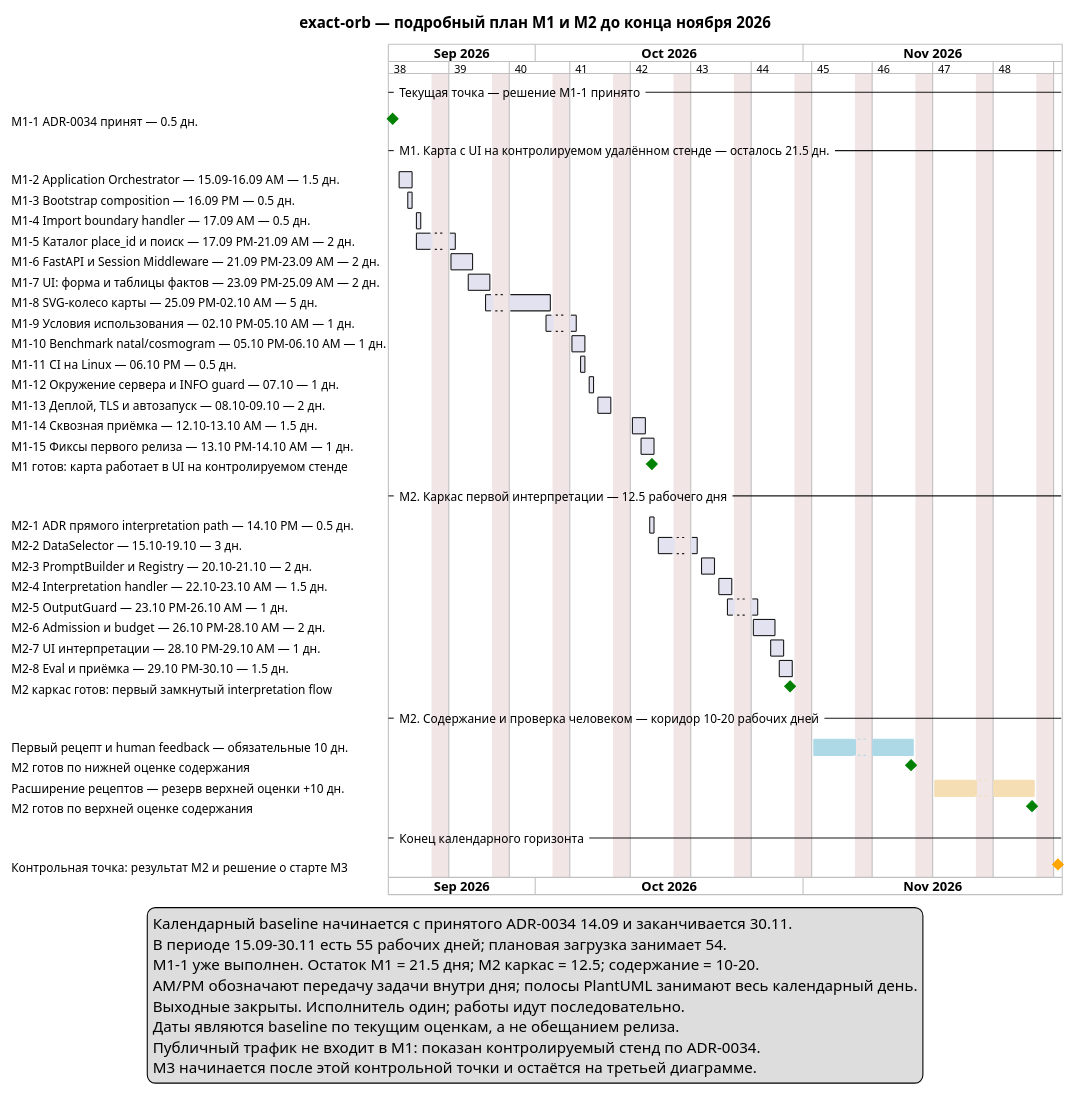
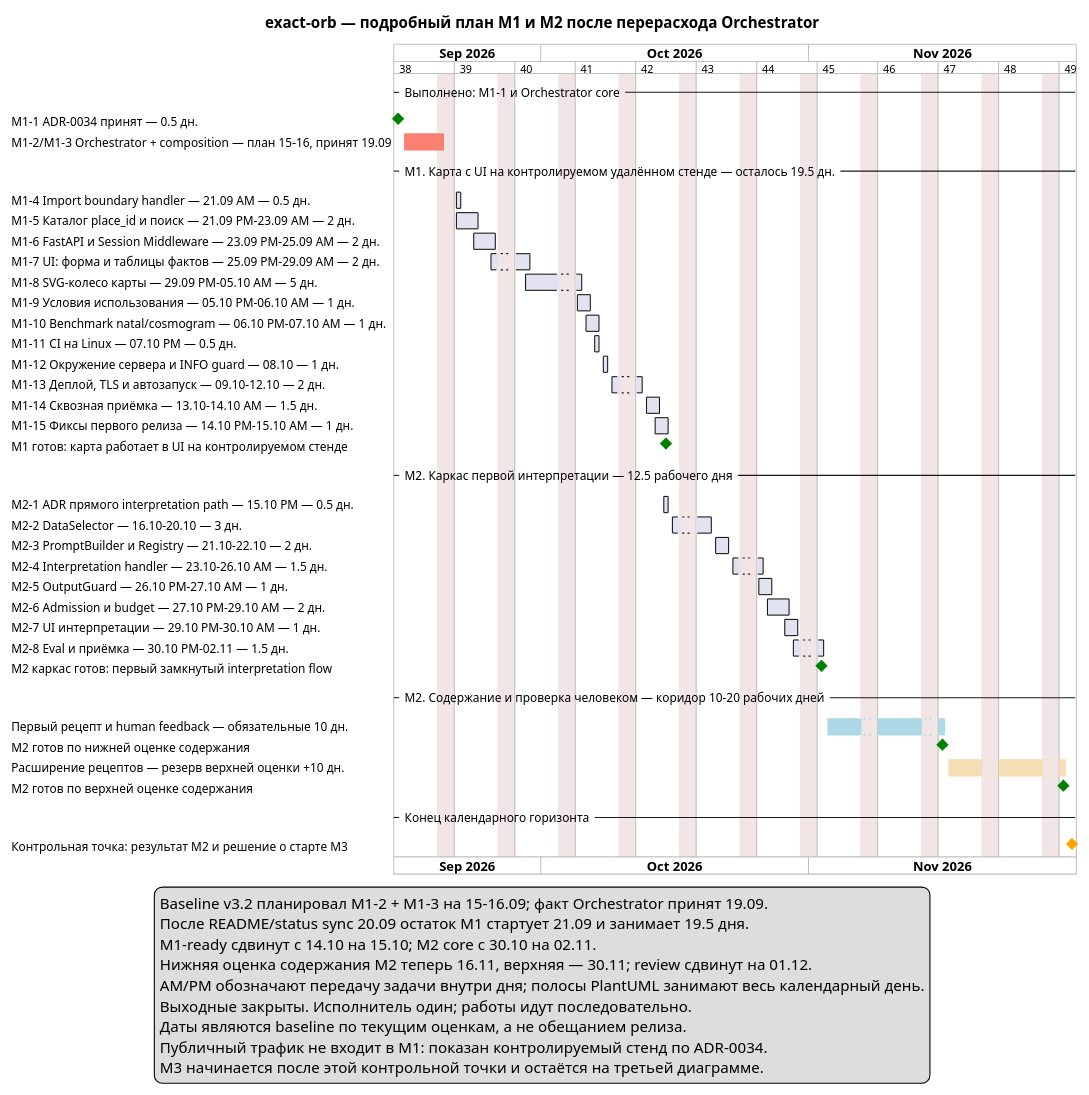
Before and after one commit to ksenia-baranova/exact-orb-demo: the diagram in docs/project_management/roadmap_remote_ui_and_interpretation_plan.puml, drawn with PlantUML. The commit also changed 3 other files, not shown here.

First line of the commit message:
docs: record orchestrator roadmap overrun

```diff
--- a/docs/project_management/roadmap_remote_ui_and_interpretation_plan.puml
+++ b/docs/project_management/roadmap_remote_ui_and_interpretation_plan.puml
@@ -1,80 +1,83 @@
 @startgantt
-' Подробный календарный baseline из roadmap v3.2 от текущей точки 14.09.2026.
+' Подробный календарный baseline из roadmap v3.3 от текущей точки 20.09.2026.
 ' Оценки остаются рабочими днями. AM/PM в подписях сохраняют половины дня,
 ' которые дневная шкала PlantUML не может показать отдельной шириной полосы.
 
-title exact-orb — подробный план M1 и M2 до конца ноября 2026
+title exact-orb — подробный план M1 и M2 после перерасхода Orchestrator
 Project starts 2026-09-14
 printscale weekly zoom 2
 Label on first column
 saturday are closed
 sunday are closed
 
--- Текущая точка — решение M1-1 принято --
+-- Выполнено: M1-1 и Orchestrator core --
 
 [M1-1 ADR-0034 принят — 0.5 дн.] as [M11] happens 2026-09-14
 [M11] is 100% complete
 [M11] is colored in Green
 
--- M1. Карта с UI на контролируемом удалённом стенде — осталось 21.5 дн. --
+[M1-2/M1-3 Orchestrator + composition — план 15–16, принят 19.09] as [M12] starts 2026-09-15 and ends 2026-09-19
+[M12] is 100% complete
+[M12] is colored in Salmon
 
-[M1-2 Application Orchestrator — 15.09–16.09 AM — 1.5 дн.] as [M12] starts 2026-09-15 and ends 2026-09-16
-[M1-3 Bootstrap composition — 16.09 PM — 0.5 дн.] as [M13] starts 2026-09-16 and ends 2026-09-16
-[M1-4 Import boundary handler — 17.09 AM — 0.5 дн.] as [M14] starts 2026-09-17 and ends 2026-09-17
-[M1-5 Каталог place_id и поиск — 17.09 PM–21.09 AM — 2 дн.] as [M15] starts 2026-09-17 and ends 2026-09-21
-[M1-6 FastAPI и Session Middleware — 21.09 PM–23.09 AM — 2 дн.] as [M16] starts 2026-09-21 and ends 2026-09-23
-[M1-7 UI: форма и таблицы фактов — 23.09 PM–25.09 AM — 2 дн.] as [M17] starts 2026-09-23 and ends 2026-09-25
-[M1-8 SVG-колесо карты — 25.09 PM–02.10 AM — 5 дн.] as [M18] starts 2026-09-25 and ends 2026-10-02
-[M1-9 Условия использования — 02.10 PM–05.10 AM — 1 дн.] as [M19] starts 2026-10-02 and ends 2026-10-05
-[M1-10 Benchmark natal/cosmogram — 05.10 PM–06.10 AM — 1 дн.] as [M110] starts 2026-10-05 and ends 2026-10-06
-[M1-11 CI на Linux — 06.10 PM — 0.5 дн.] as [M111] starts 2026-10-06 and ends 2026-10-06
-[M1-12 Окружение сервера и INFO guard — 07.10 — 1 дн.] as [M112] starts 2026-10-07 and ends 2026-10-07
-[M1-13 Деплой, TLS и автозапуск — 08.10–09.10 — 2 дн.] as [M113] starts 2026-10-08 and ends 2026-10-09
-[M1-14 Сквозная приёмка — 12.10–13.10 AM — 1.5 дн.] as [M114] starts 2026-10-12 and ends 2026-10-13
-[M1-15 Фиксы первого релиза — 13.10 PM–14.10 AM — 1 дн.] as [M115] starts 2026-10-13 and ends 2026-10-14
+-- M1. Карта с UI на контролируемом удалённом стенде — осталось 19.5 дн. --
 
-[M1 готов: карта работает в UI на контролируемом стенде] as [M1DONE] happens 2026-10-14
+[M1-4 Import boundary handler — 21.09 AM — 0.5 дн.] as [M14] starts 2026-09-21 and ends 2026-09-21
+[M1-5 Каталог place_id и поиск — 21.09 PM–23.09 AM — 2 дн.] as [M15] starts 2026-09-21 and ends 2026-09-23
+[M1-6 FastAPI и Session Middleware — 23.09 PM–25.09 AM — 2 дн.] as [M16] starts 2026-09-23 and ends 2026-09-25
+[M1-7 UI: форма и таблицы фактов — 25.09 PM–29.09 AM — 2 дн.] as [M17] starts 2026-09-25 and ends 2026-09-29
+[M1-8 SVG-колесо карты — 29.09 PM–05.10 AM — 5 дн.] as [M18] starts 2026-09-29 and ends 2026-10-05
+[M1-9 Условия использования — 05.10 PM–06.10 AM — 1 дн.] as [M19] starts 2026-10-05 and ends 2026-10-06
+[M1-10 Benchmark natal/cosmogram — 06.10 PM–07.10 AM — 1 дн.] as [M110] starts 2026-10-06 and ends 2026-10-07
+[M1-11 CI на Linux — 07.10 PM — 0.5 дн.] as [M111] starts 2026-10-07 and ends 2026-10-07
+[M1-12 Окружение сервера и INFO guard — 08.10 — 1 дн.] as [M112] starts 2026-10-08 and ends 2026-10-08
+[M1-13 Деплой, TLS и автозапуск — 09.10–12.10 — 2 дн.] as [M113] starts 2026-10-09 and ends 2026-10-12
+[M1-14 Сквозная приёмка — 13.10–14.10 AM — 1.5 дн.] as [M114] starts 2026-10-13 and ends 2026-10-14
+[M1-15 Фиксы первого релиза — 14.10 PM–15.10 AM — 1 дн.] as [M115] starts 2026-10-14 and ends 2026-10-15
+
+[M1 готов: карта работает в UI на контролируемом стенде] as [M1DONE] happens 2026-10-15
 [M1DONE] is colored in Green
 
 -- M2. Каркас первой интерпретации — 12.5 рабочего дня --
 
-[M2-1 ADR прямого interpretation path — 14.10 PM — 0.5 дн.] as [M21] starts 2026-10-14 and ends 2026-10-14
-[M2-2 DataSelector — 15.10–19.10 — 3 дн.] as [M22] starts 2026-10-15 and ends 2026-10-19
-[M2-3 PromptBuilder и Registry — 20.10–21.10 — 2 дн.] as [M23] starts 2026-10-20 and ends 2026-10-21
-[M2-4 Interpretation handler — 22.10–23.10 AM — 1.5 дн.] as [M24] starts 2026-10-22 and ends 2026-10-23
-[M2-5 OutputGuard — 23.10 PM–26.10 AM — 1 дн.] as [M25] starts 2026-10-23 and ends 2026-10-26
-[M2-6 Admission и budget — 26.10 PM–28.10 AM — 2 дн.] as [M26] starts 2026-10-26 and ends 2026-10-28
-[M2-7 UI интерпретации — 28.10 PM–29.10 AM — 1 дн.] as [M27] starts 2026-10-28 and ends 2026-10-29
-[M2-8 Eval и приёмка — 29.10 PM–30.10 — 1.5 дн.] as [M28] starts 2026-10-29 and ends 2026-10-30
+[M2-1 ADR прямого interpretation path — 15.10 PM — 0.5 дн.] as [M21] starts 2026-10-15 and ends 2026-10-15
+[M2-2 DataSelector — 16.10–20.10 — 3 дн.] as [M22] starts 2026-10-16 and ends 2026-10-20
+[M2-3 PromptBuilder и Registry — 21.10–22.10 — 2 дн.] as [M23] starts 2026-10-21 and ends 2026-10-22
+[M2-4 Interpretation handler — 23.10–26.10 AM — 1.5 дн.] as [M24] starts 2026-10-23 and ends 2026-10-26
+[M2-5 OutputGuard — 26.10 PM–27.10 AM — 1 дн.] as [M25] starts 2026-10-26 and ends 2026-10-27
+[M2-6 Admission и budget — 27.10 PM–29.10 AM — 2 дн.] as [M26] starts 2026-10-27 and ends 2026-10-29
+[M2-7 UI интерпретации — 29.10 PM–30.10 AM — 1 дн.] as [M27] starts 2026-10-29 and ends 2026-10-30
+[M2-8 Eval и приёмка — 30.10 PM–02.11 — 1.5 дн.] as [M28] starts 2026-10-30 and ends 2026-11-02
 
-[M2 каркас готов: первый замкнутый interpretation flow] as [M2CORE] happens 2026-10-30
+[M2 каркас готов: первый замкнутый interpretation flow] as [M2CORE] happens 2026-11-02
 [M2CORE] is colored in Green
 
 -- M2. Содержание и проверка человеком — коридор 10–20 рабочих дней --
 
-[Первый рецепт и human feedback — обязательные 10 дн.] as [M2C10] starts 2026-11-02 and ends 2026-11-13
+[Первый рецепт и human feedback — обязательные 10 дн.] as [M2C10] starts 2026-11-03 and ends 2026-11-16
 [M2C10] is colored in LightBlue
-[M2 готов по нижней оценке содержания] as [M2EARLY] happens 2026-11-13
+[M2 готов по нижней оценке содержания] as [M2EARLY] happens 2026-11-16
 [M2EARLY] is colored in Green
 
-[Расширение рецептов — резерв верхней оценки +10 дн.] as [M2C20] starts 2026-11-16 and ends 2026-11-27
+[Расширение рецептов — резерв верхней оценки +10 дн.] as [M2C20] starts 2026-11-17 and ends 2026-11-30
 [M2C20] is colored in Wheat
-[M2 готов по верхней оценке содержания] as [M2DONE] happens 2026-11-27
+[M2 готов по верхней оценке содержания] as [M2DONE] happens 2026-11-30
 [M2DONE] is colored in Green
 
 -- Конец календарного горизонта --
 
-[Контрольная точка: результат M2 и решение о старте M3] as [NOVREVIEW] happens 2026-11-30
+[Контрольная точка: результат M2 и решение о старте M3] as [NOVREVIEW] happens 2026-12-01
 [NOVREVIEW] is colored in Orange
 
 legend bottom
-  Календарный baseline начинается с принятого ADR-0034 14.09 и заканчивается 30.11.
-  В периоде 15.09–30.11 есть 55 рабочих дней; плановая загрузка занимает 54.
-  M1-1 уже выполнен. Остаток M1 = 21.5 дня; M2 каркас = 12.5; содержание = 10–20.
+  Baseline v3.2 планировал M1-2 + M1-3 на 15-16.09; факт Orchestrator принят 19.09.
+  После README/status sync 20.09 остаток M1 стартует 21.09 и занимает 19.5 дня.
+  M1-ready сдвинут с 14.10 на 15.10; M2 core с 30.10 на 02.11.
+  Нижняя оценка содержания M2 теперь 16.11, верхняя — 30.11; review сдвинут на 01.12.
   AM/PM обозначают передачу задачи внутри дня; полосы PlantUML занимают весь календарный день.
   Выходные закрыты. Исполнитель один; работы идут последовательно.
   Даты являются baseline по текущим оценкам, а не обещанием релиза.
   Публичный трафик не входит в M1: показан контролируемый стенд по ADR-0034.
   M3 начинается после этой контрольной точки и остаётся на третьей диаграмме.
 endlegend
 @endgantt
```
